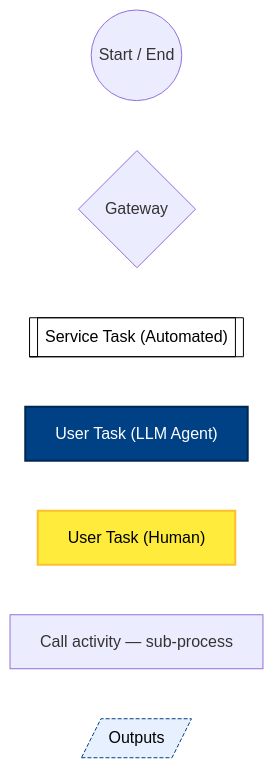
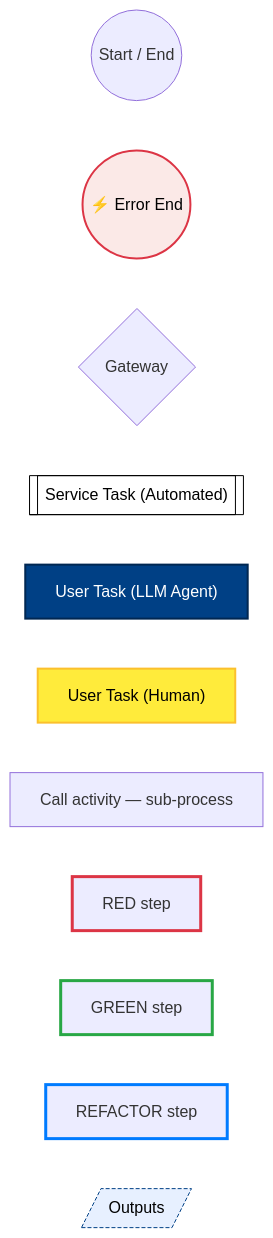
Before and after one commit to optivem/gh-optivem: the first of 50 diagrams in docs/process-diagram.md, drawn with Mermaid. The commit also changed other lines of this file and 5 other files, not shown here.

````diff
--- a/docs/process-diagram.md
+++ b/docs/process-diagram.md
@@ -17,22 +19,38 @@
 ```mermaid
 flowchart LR
     EVT((Start / End))
+    ERR(("⚡ Error End"))
     GW{Gateway}
     SVC[["Service Task (Automated)"]]
     AGT["User Task (LLM Agent)"]
     HUM["User Task (Human)"]
     CALL[Call activity — sub-process]
+    TDDR[RED step]
+    TDDG[GREEN step]
+    TDDF[REFACTOR step]
     OUT[/Outputs/]
 
     classDef serviceNode fill:#ffffff,stroke:#000000,stroke-width:1px,color:#000000
     class SVC serviceNode
 
     classDef agentNode fill:#004085,stroke:#002752,stroke-width:2px,color:#ffffff
     class AGT agentNode
 
     classDef humanNode fill:#ffeb3b,stroke:#fbc02d,stroke-width:2px,color:#000000
     class HUM humanNode
 
+    classDef errorEndNode fill:#fbe9e7,stroke:#dc3545,stroke-width:2px,color:#000000
+    class ERR errorEndNode
+
+    classDef tddRedNode stroke:#dc3545,stroke-width:3px
+    class TDDR tddRedNode
+
+    classDef tddGreenNode stroke:#28a745,stroke-width:3px
+    class TDDG tddGreenNode
+
+    classDef tddRefactorNode stroke:#007bff,stroke-width:3px
+    class TDDF tddRefactorNode
+
     classDef outputNode fill:#e7f0ff,stroke:#004085,stroke-width:1px,stroke-dasharray:4 2,color:#000000
     class OUT outputNode
 ```
````
